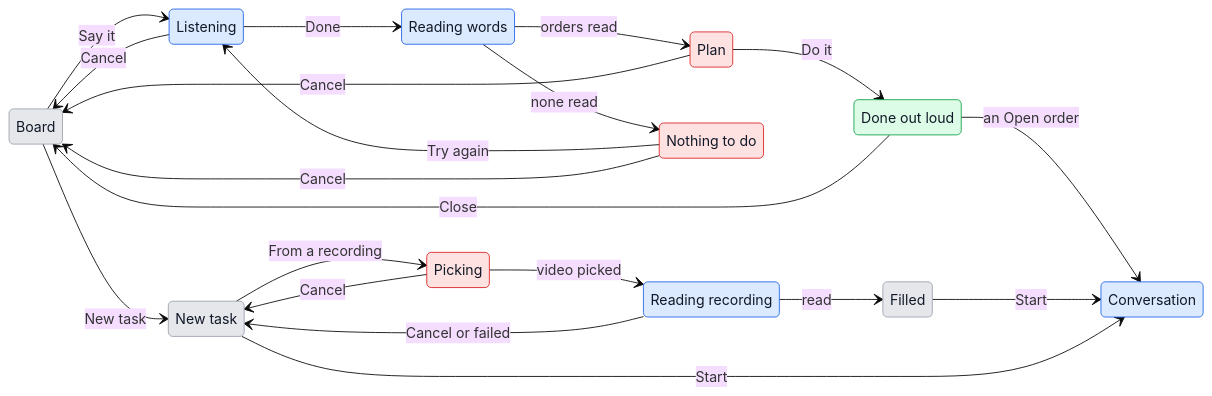
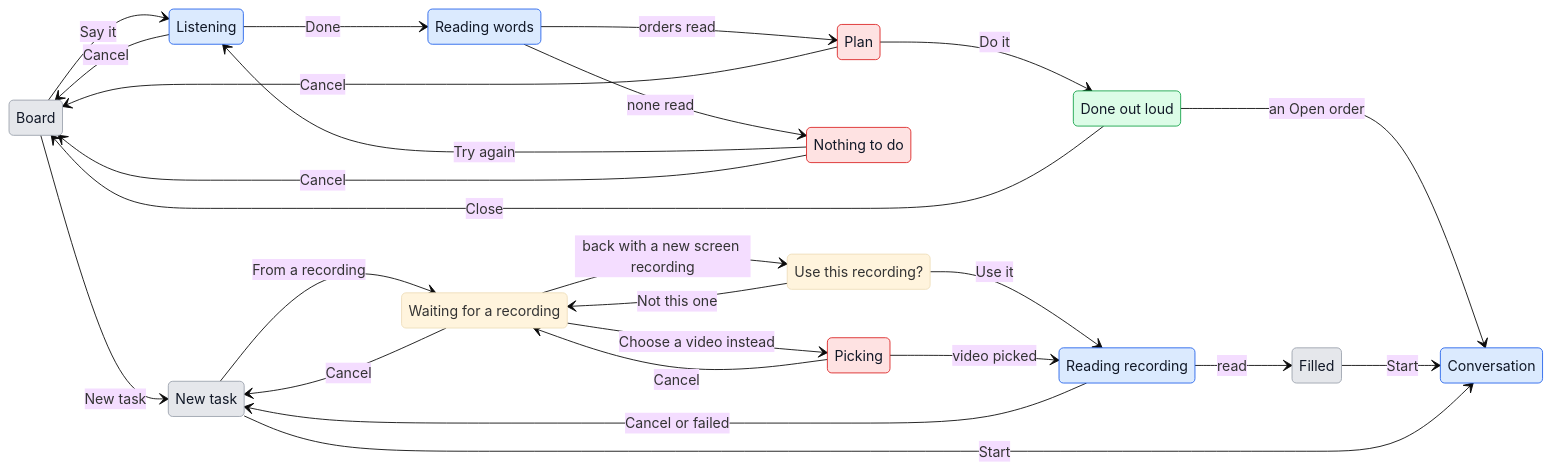
One commit to anetrebskii/geckit changed the second of 2 diagrams in docs/ux/phone-parity.md. Above: the diagram before and after it, drawn with Mermaid (base theme). The commit also changed other lines of this file and 6 other files, not shown here.

````diff
--- a/docs/ux/phone-parity.md
+++ b/docs/ux/phone-parity.md
@@ -77,53 +79,60 @@
 ```mermaid
 stateDiagram-v2
   direction LR
   classDef quiet fill:#e5e7eb,stroke:#9ca3af,color:#111827
   classDef going fill:#dbeafe,stroke:#2563eb,color:#111827
   classDef wait fill:#fef3c7,stroke:#d97706,color:#111827
   classDef hands fill:#fee2e2,stroke:#dc2626,color:#111827
   classDef done fill:#dcfce7,stroke:#16a34a,color:#111827
 
   state "Board" as board
   state "Listening" as listen
   state "Reading words" as reading
   state "Plan" as plan
   state "Done out loud" as did
   state "Nothing to do" as nothing
   state "New task" as form
   state "Picking" as picking
+  state "Waiting for a recording" as waiting
+  state "Use this recording?" as offered
   state "Reading recording" as rec
   state "Filled" as filled
   state "Conversation" as convo
 
   board --> listen: Say it
   listen --> reading: Done
   listen --> board: Cancel
   reading --> plan: orders read
   reading --> nothing: none read
   nothing --> listen: Try again
   nothing --> board: Cancel
   plan --> did: Do it
   plan --> board: Cancel
   did --> board: Close
   did --> convo: an Open order
   board --> form: New task
-  form --> picking: From a recording
-  picking --> form: Cancel
+  form --> waiting: From a recording
+  waiting --> offered: back with a new screen recording
+  offered --> waiting: Not this one
+  offered --> rec: Use it
+  waiting --> picking: Choose a video instead
+  waiting --> form: Cancel
+  picking --> waiting: Cancel
   picking --> rec: video picked
   rec --> filled: read
   rec --> form: Cancel or failed
   filled --> convo: Start
   form --> convo: Start
 
   class board quiet
   class listen going
   class reading going
   class plan hands
   class did done
   class nothing hands
   class form quiet
   class picking hands
   class rec going
   class filled quiet
   class convo going
 ```
````
